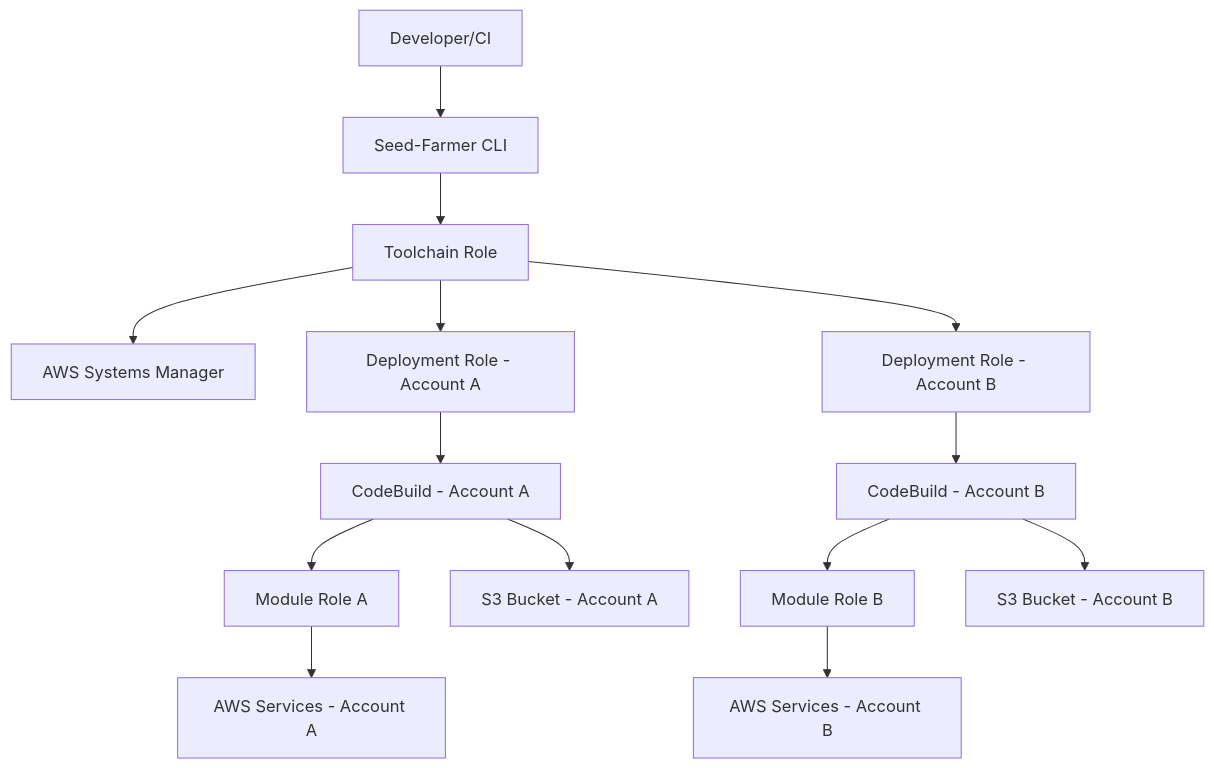
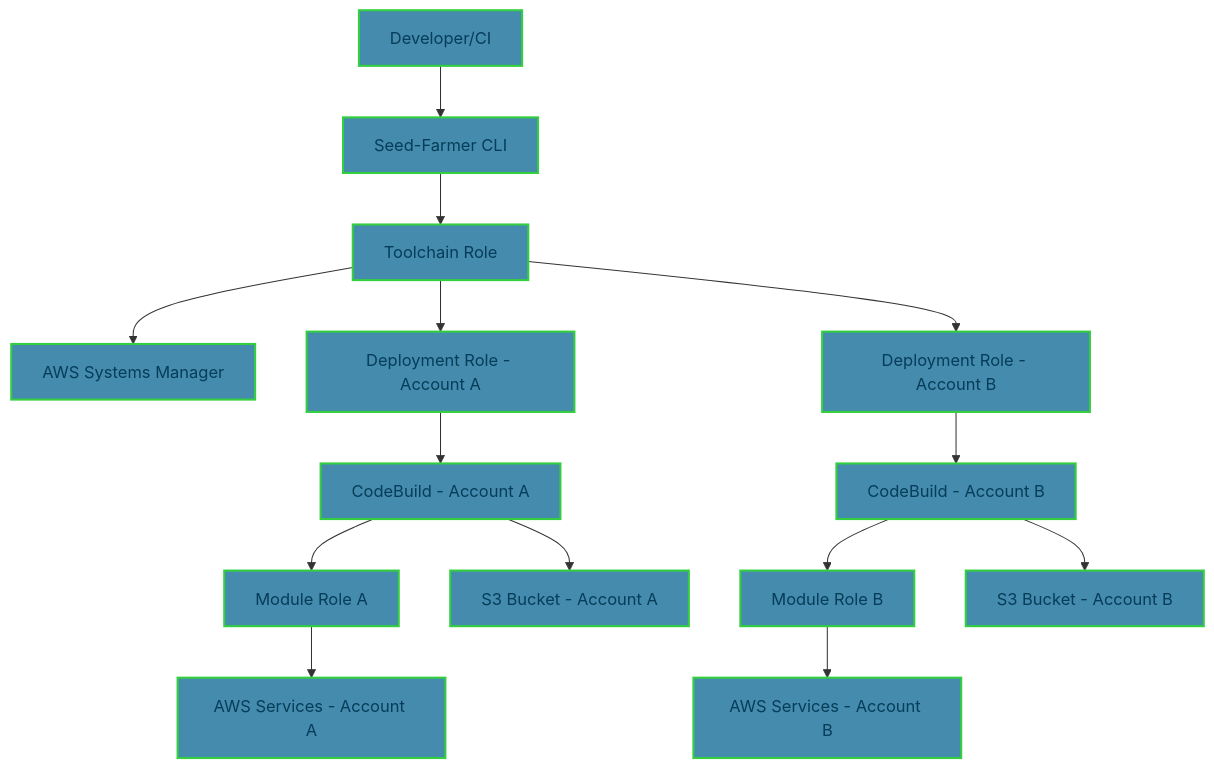
Before and after one commit to dgraeber/seed-farmer: the first of 3 diagrams in docs_v2/docs/concepts/architecture.md, drawn with Mermaid.

Commit message:
chore: updating colors

````diff
--- a/docs_v2/docs/concepts/architecture.md
+++ b/docs_v2/docs/concepts/architecture.md
@@ -19,20 +19,27 @@
 ```mermaid
 graph TB
     User[Developer/CI] --> CLI[Seed-Farmer CLI]
     CLI --> TR[Toolchain Role]
     TR --> SSM[AWS Systems Manager]
     TR --> DR1[Deployment Role - Account A]
     TR --> DR2[Deployment Role - Account B]
-    
+
     DR1 --> CB1[CodeBuild - Account A]
     DR2 --> CB2[CodeBuild - Account B]
-    
+
     CB1 --> MR1[Module Role A]
     CB2 --> MR2[Module Role B]
-    
+
     MR1 --> AWS1[AWS Services - Account A]
     MR2 --> AWS2[AWS Services - Account B]
-    
+
     CB1 --> S3_1[S3 Bucket - Account A]
     CB2 --> S3_2[S3 Bucket - Account B]
+
+    %% Global style: Same fill, stroke, text color
+    classDef uniform fill:#448bae,stroke:#33cf3e,stroke-width:2px,color:#063d59;
+
+    %% Apply the style to all nodes
+    class User,CLI,TR,SSM,DR1,DR2,CB1,CB2,MR1,MR2,AWS1,AWS2,S3_1,S3_2 uniform;
+
 ```
````
